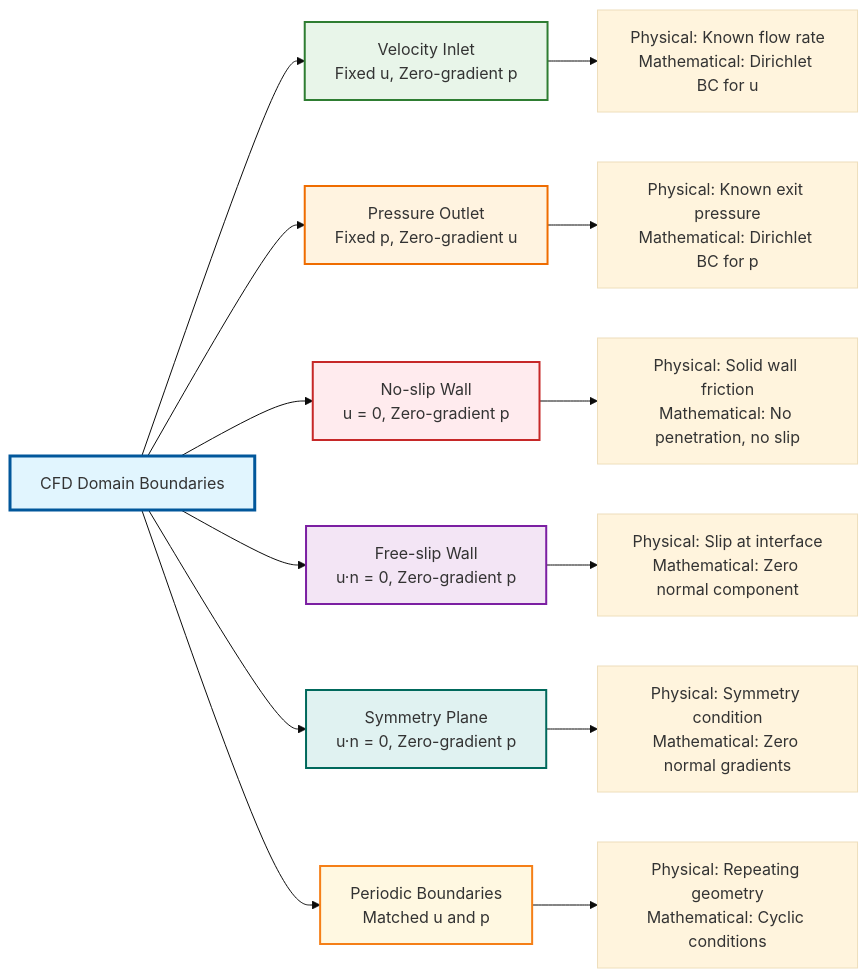
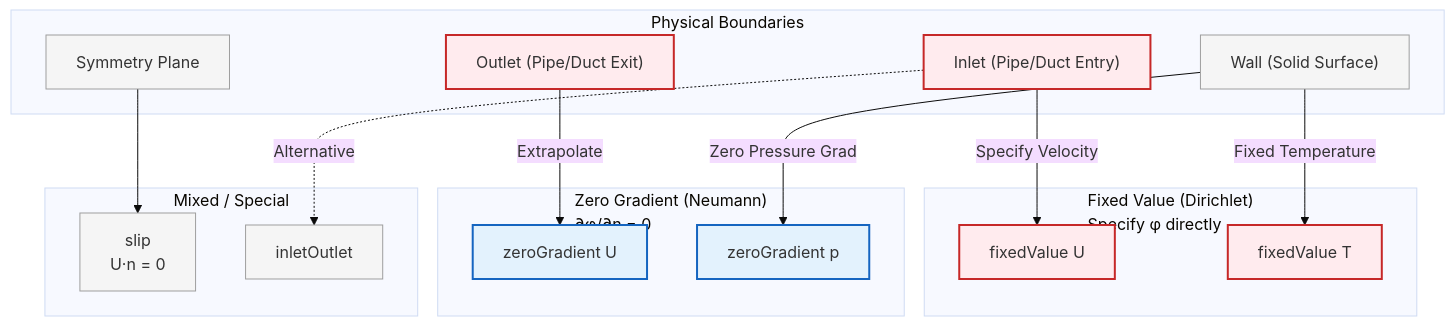
The first of 6 diagrams in MODULE_01_CFD_FUNDAMENTALS/CONTENT/03_BOUNDARY_CONDITIONS/03_Selection_Guide_Which_BC_to_Use.md (wramet/build-my-cfd), drawn with Mermaid (base theme) before and after one commit. The commit also changed other lines of this file and 313 other files, not shown here.

Commit message:
Revise all diagram

````diff
--- a/MODULE_01_CFD_FUNDAMENTALS/CONTENT/03_BOUNDARY_CONDITIONS/03_Selection_Guide_Which_BC_to_Use.md
+++ b/MODULE_01_CFD_FUNDAMENTALS/CONTENT/03_BOUNDARY_CONDITIONS/03_Selection_Guide_Which_BC_to_Use.md
@@ -32,24 +32,37 @@
 ```mermaid
-graph LR
-    A["CFD Domain Boundaries"] --> B["Velocity Inlet<br/>Fixed u, Zero-gradient p"]
-    A --> C["Pressure Outlet<br/>Fixed p, Zero-gradient u"]
-    A --> D["No-slip Wall<br/>u = 0, Zero-gradient p"]
-    A --> E["Free-slip Wall<br/>u·n = 0, Zero-gradient p"]
-    A --> F["Symmetry Plane<br/>u·n = 0, Zero-gradient p"]
-    A --> G["Periodic Boundaries<br/>Matched u and p"]
+graph TD
+%% Physical to Mathematical BC Mapping
+subgraph Physical ["Physical Boundaries"]
+Inlet["Inlet (Pipe/Duct Entry)"]:::explicit
+Outlet["Outlet (Pipe/Duct Exit)"]:::explicit
+Wall["Wall (Solid Surface)"]:::context
+Sym["Symmetry Plane"]:::context
+end
 
-    B --> H["Physical: Known flow rate<br/>Mathematical: Dirichlet BC for u"]
-    C --> I["Physical: Known exit pressure<br/>Mathematical: Dirichlet BC for p"]
-    D --> J["Physical: Solid wall friction<br/>Mathematical: No penetration, no slip"]
-    E --> K["Physical: Slip at interface<br/>Mathematical: Zero normal component"]
-    F --> L["Physical: Symmetry condition<br/>Mathematical: Zero normal gradients"]
-    G --> M["Physical: Repeating geometry<br/>Mathematical: Cyclic conditions"]
+subgraph Dirichlet ["Fixed Value (Dirichlet)<br/>Specify φ directly"]
+InletV["fixedValue U"]:::explicit
+WallT["fixedValue T"]:::explicit
+end
 
-    style A fill:#e1f5fe,stroke:#01579b,stroke-width:3px
-    style B fill:#e8f5e9,stroke:#2e7d32,stroke-width:2px
-    style C fill:#fff3e0,stroke:#ef6c00,stroke-width:2px
-    style D fill:#ffebee,stroke:#c62828,stroke-width:2px
-    style E fill:#f3e5f5,stroke:#7b1fa2,stroke-width:2px
-    style F fill:#e0f2f1,stroke:#00695c,stroke-width:2px
-    style G fill:#fff8e1,stroke:#f57f17,stroke-width:2px
+subgraph Neumann ["Zero Gradient (Neumann)<br/>∂φ/∂n = 0"]
+OutletV["zeroGradient U"]:::implicit
+WallP["zeroGradient p"]:::implicit
+end
+
+subgraph Mixed ["Mixed / Special"]
+Slip["slip<br/>U·n = 0"]:::context
+InletOutlet["inletOutlet"]:::context
+end
+
+Inlet -->|Specify Velocity| InletV
+Outlet -->|Extrapolate| OutletV
+Wall -->|Fixed Temperature| WallT
+Wall -->|Zero Pressure Grad| WallP
+Sym --> Slip
+Inlet -.->|Alternative| InletOutlet
+
+%% Classes
+classDef implicit fill:#e3f2fd,stroke:#1565c0,stroke-width:2px;
+classDef explicit fill:#ffebee,stroke:#c62828,stroke-width:2px;
+classDef context fill:#f5f5f5,stroke:#9e9e9e,stroke-width:1px;
 ```
````
